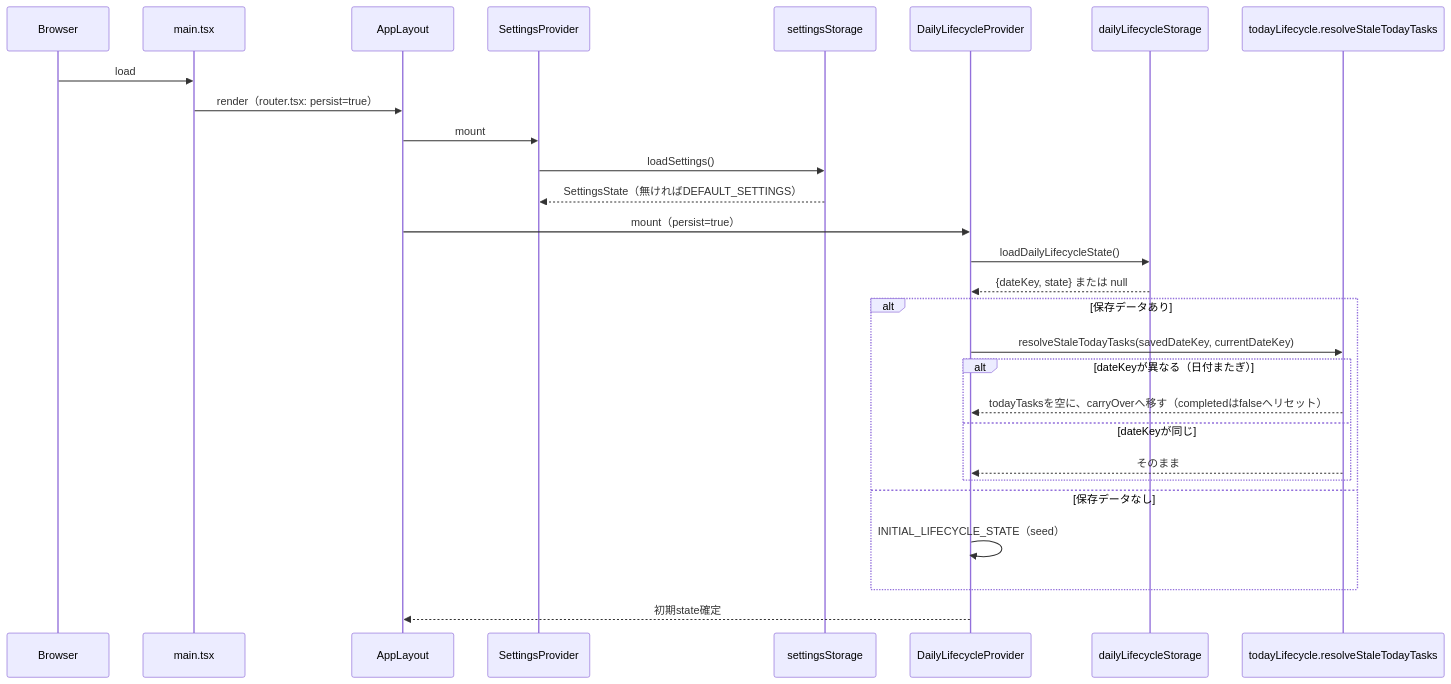
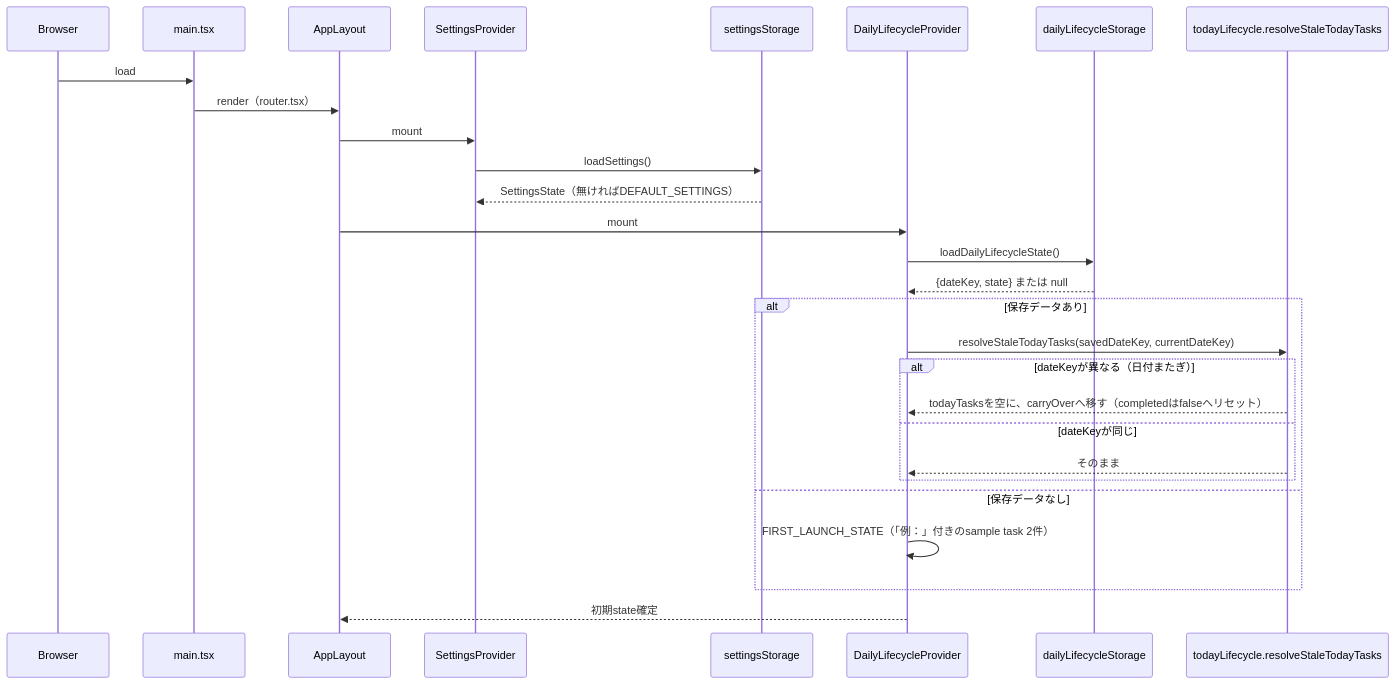
One commit to baco16g/pawgress changed the fourth of 12 diagrams in docs/architecture.md. Above: the diagram before and after it, drawn with Mermaid. The commit also changed other lines of this file and 15 other files, not shown here.

````diff
--- a/docs/architecture.md
+++ b/docs/architecture.md
@@ -219,32 +219,32 @@
 ```mermaid
 sequenceDiagram
     participant Browser
     participant main.tsx
     participant AppLayout
     participant SettingsProvider
     participant settingsStorage
     participant DailyLifecycleProvider
     participant dailyLifecycleStorage
     participant todayLifecycle as todayLifecycle.resolveStaleTodayTasks
 
     Browser->>main.tsx: load
-    main.tsx->>AppLayout: render（router.tsx: persist=true）
+    main.tsx->>AppLayout: render（router.tsx）
     AppLayout->>SettingsProvider: mount
     SettingsProvider->>settingsStorage: loadSettings()
     settingsStorage-->>SettingsProvider: SettingsState（無ければDEFAULT_SETTINGS）
 
-    AppLayout->>DailyLifecycleProvider: mount（persist=true）
+    AppLayout->>DailyLifecycleProvider: mount
     DailyLifecycleProvider->>dailyLifecycleStorage: loadDailyLifecycleState()
     dailyLifecycleStorage-->>DailyLifecycleProvider: {dateKey, state} または null
     alt 保存データあり
         DailyLifecycleProvider->>todayLifecycle: resolveStaleTodayTasks(savedDateKey, currentDateKey)
         alt dateKeyが異なる（日付またぎ）
             todayLifecycle-->>DailyLifecycleProvider: todayTasksを空に、carryOverへ移す（completedはfalseへリセット）
         else dateKeyが同じ
             todayLifecycle-->>DailyLifecycleProvider: そのまま
         end
     else 保存データなし
-        DailyLifecycleProvider->>DailyLifecycleProvider: INITIAL_LIFECYCLE_STATE（seed）
+        DailyLifecycleProvider->>DailyLifecycleProvider: FIRST_LAUNCH_STATE（「例：」付きのsample task 2件）
     end
     DailyLifecycleProvider-->>AppLayout: 初期state確定
 ```
````
